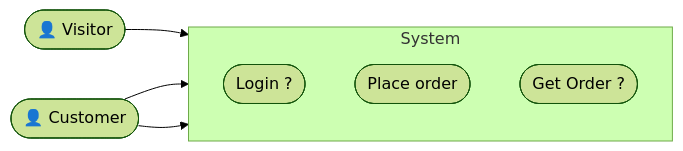
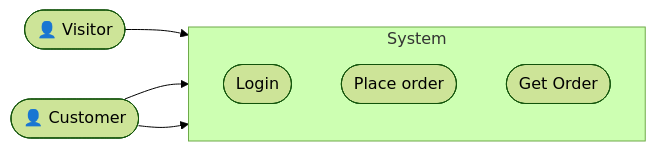
The first of 4 diagrams in README.md (SamanFekri/UMLFlow), drawn with Mermaid (forest theme) before and after one commit. The commit also changed other lines of this file and 37 other files, not shown here.

````diff
--- a/README.md
+++ b/README.md
@@ -128,14 +132,14 @@
 ```mermaid
 flowchart LR
   actor_customer(["👤 Customer"])
   actor_visitor(["👤 Visitor"])
   subgraph system ["System"]
     direction TB
-    uc_auth_controller_login(["Login ?"])
+    uc_auth_controller_login(["Login"])
     uc_order_controller_create(["Place order"])
-    uc_order_controller_get(["Get Order ?"])
+    uc_order_controller_get(["Get Order"])
   end
   actor_visitor --> uc_auth_controller_login
   actor_customer --> uc_order_controller_create
   actor_customer --> uc_order_controller_get
 ```
````
